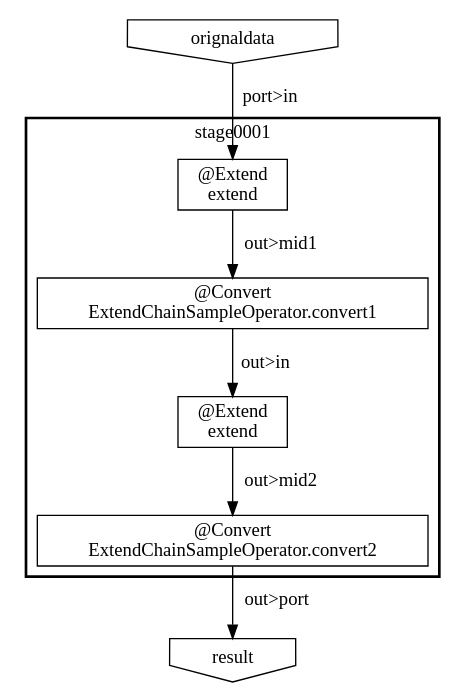
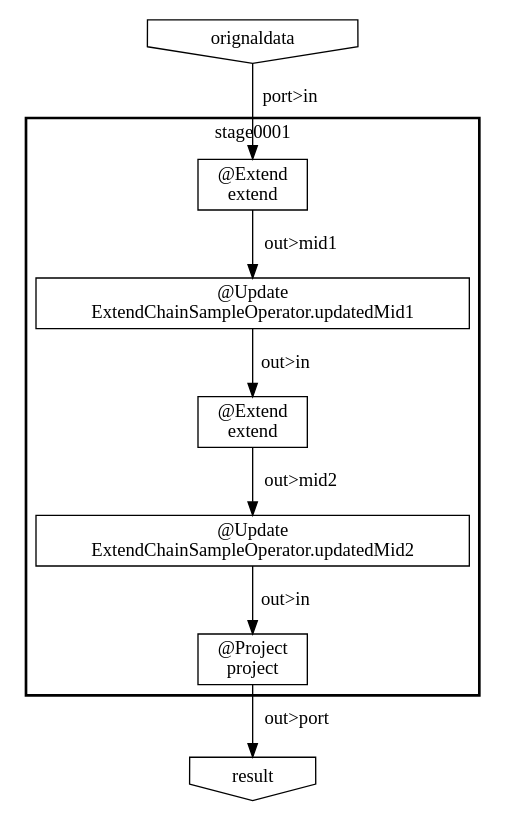
One commit to ironpeace/AsakusaExtendChainSample changed the diagram in target/batchcwork/ecsBatch/TheExtendChainSampleJobFlow/build/bin/META-INF/visualize/stageblock-1.dot. Above: the diagram before and after it, drawn with Graphviz. The commit also changed 34 other files, not shown here.

```diff
--- a/target/batchcwork/ecsBatch/TheExtendChainSampleJobFlow/build/bin/META-INF/visualize/stageblock-1.dot
+++ b/target/batchcwork/ecsBatch/TheExtendChainSampleJobFlow/build/bin/META-INF/visualize/stageblock-1.dot
@@ -1,17 +1,19 @@
 digraph {
-    "f5b39a7d-c199-471c-a987-9de79ef226d0" [shape=invhouse, label="orignaldata"];
-    subgraph "cluster_40a8412c-a429-4f3b-a6f5-3857b932c523" {
+    "3668f54a-1305-43ca-a654-591e8a9cf3f4" [shape=invhouse, label="result"];
+    "b5985e2d-4ee6-49f5-a374-680068c2caff" [shape=invhouse, label="orignaldata"];
+    subgraph "cluster_5717a04e-fe14-49d9-82e5-ac507e73da2a" {
         label = "stage0001";
         style = bold;
-        "55605ba9-ae8a-46c7-9a42-3e2fde5daaf6" [shape=box, label="@Convert\nExtendChainSampleOperator.convert1"];
-        "208cd178-d795-4bd1-bffd-4804490e2635" [shape=box, label="@Convert\nExtendChainSampleOperator.convert2"];
-        "cbc3bcf2-9bbd-4df0-af58-09a2172505ac" [shape=box, label="@Extend\nextend"];
-        "7eca2a3d-9023-499c-aa3d-3cf1ee849b9e" [shape=box, label="@Extend\nextend"];
+        "2f828e8c-a6a7-4c9b-b475-a98b7c7ef0f0" [shape=box, label="@Update\nExtendChainSampleOperator.updatedMid1"];
+        "d4490dde-a9c0-4529-a8ce-6166748323b5" [shape=box, label="@Extend\nextend"];
+        "cca656f9-aa59-4a6e-a7cc-7417edc269eb" [shape=box, label="@Update\nExtendChainSampleOperator.updatedMid2"];
+        "a15576f4-6660-41bc-aa38-18508b893e7c" [shape=box, label="@Project\nproject"];
+        "906e9016-309d-4f05-9716-90e2e44ff2b8" [shape=box, label="@Extend\nextend"];
     }
-    "b53f9060-b617-4f24-831e-ea021a8e78c3" [shape=invhouse, label="result"];
-    "f5b39a7d-c199-471c-a987-9de79ef226d0" -> "cbc3bcf2-9bbd-4df0-af58-09a2172505ac" [label="port>in"];
-    "208cd178-d795-4bd1-bffd-4804490e2635" -> "b53f9060-b617-4f24-831e-ea021a8e78c3" [label="out>port"];
-    "55605ba9-ae8a-46c7-9a42-3e2fde5daaf6" -> "7eca2a3d-9023-499c-aa3d-3cf1ee849b9e" [label="out>in"];
-    "cbc3bcf2-9bbd-4df0-af58-09a2172505ac" -> "55605ba9-ae8a-46c7-9a42-3e2fde5daaf6" [label="out>mid1"];
-    "7eca2a3d-9023-499c-aa3d-3cf1ee849b9e" -> "208cd178-d795-4bd1-bffd-4804490e2635" [label="out>mid2"];
+    "b5985e2d-4ee6-49f5-a374-680068c2caff" -> "d4490dde-a9c0-4529-a8ce-6166748323b5" [label="port>in"];
+    "a15576f4-6660-41bc-aa38-18508b893e7c" -> "3668f54a-1305-43ca-a654-591e8a9cf3f4" [label="out>port"];
+    "2f828e8c-a6a7-4c9b-b475-a98b7c7ef0f0" -> "906e9016-309d-4f05-9716-90e2e44ff2b8" [label="out>in"];
+    "d4490dde-a9c0-4529-a8ce-6166748323b5" -> "2f828e8c-a6a7-4c9b-b475-a98b7c7ef0f0" [label="out>mid1"];
+    "cca656f9-aa59-4a6e-a7cc-7417edc269eb" -> "a15576f4-6660-41bc-aa38-18508b893e7c" [label="out>in"];
+    "906e9016-309d-4f05-9716-90e2e44ff2b8" -> "cca656f9-aa59-4a6e-a7cc-7417edc269eb" [label="out>mid2"];
 }
```
